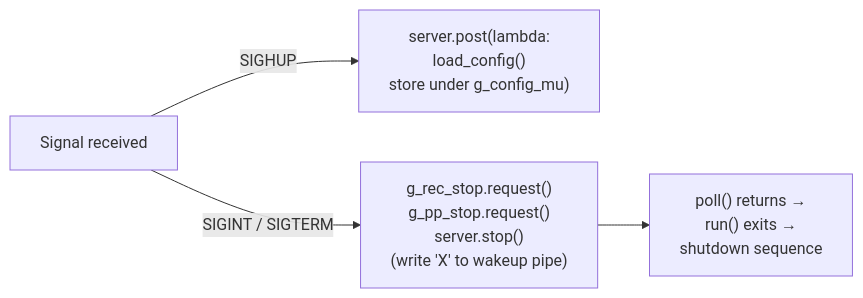
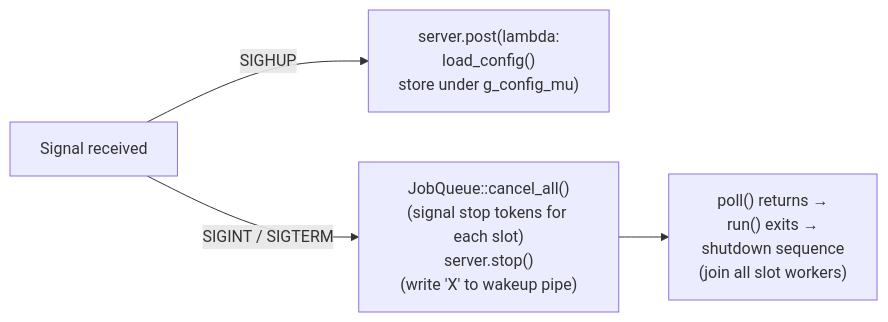
The seventh of 33 diagrams in docs/COMPONENT-DIAGRAMS.md (suykerbuyk/recmeet), drawn with Mermaid before and after one commit. The commit also changed other lines of this file and 19 other files, not shown here.

````diff
--- a/docs/COMPONENT-DIAGRAMS.md
+++ b/docs/COMPONENT-DIAGRAMS.md
@@ -347,8 +455,8 @@
 ```mermaid
 flowchart LR
     SIG["Signal received"]
     SIG -->|"SIGHUP"| RELOAD["server.post(lambda:<br/>  load_config()<br/>  store under g_config_mu)"]
-    SIG -->|"SIGINT / SIGTERM"| STOP["g_rec_stop.request()<br/>g_pp_stop.request()<br/>server.stop()<br/>(write 'X' to wakeup pipe)"]
+    SIG -->|"SIGINT / SIGTERM"| STOP["JobQueue::cancel_all()<br/>(signal stop tokens for each slot)<br/>server.stop()<br/>(write 'X' to wakeup pipe)"]
 
-    STOP --> POLL_EXIT["poll() returns →<br/>run() exits →<br/>shutdown sequence"]
+    STOP --> POLL_EXIT["poll() returns →<br/>run() exits →<br/>shutdown sequence<br/>(join all slot workers)"]
 ```
````
